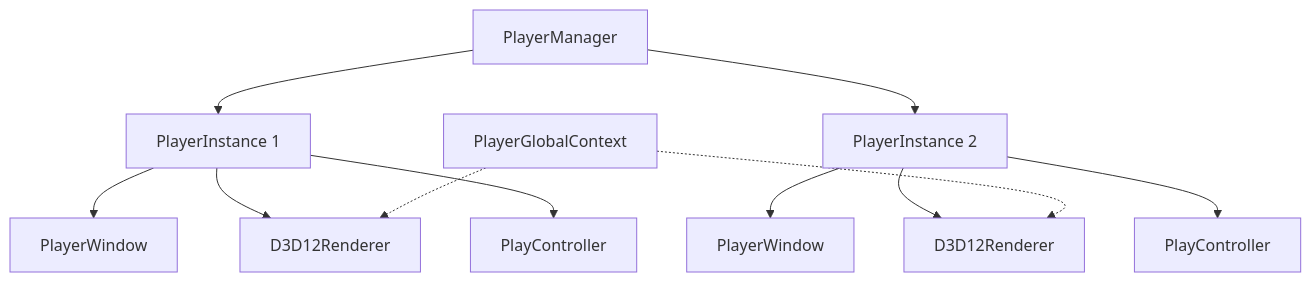
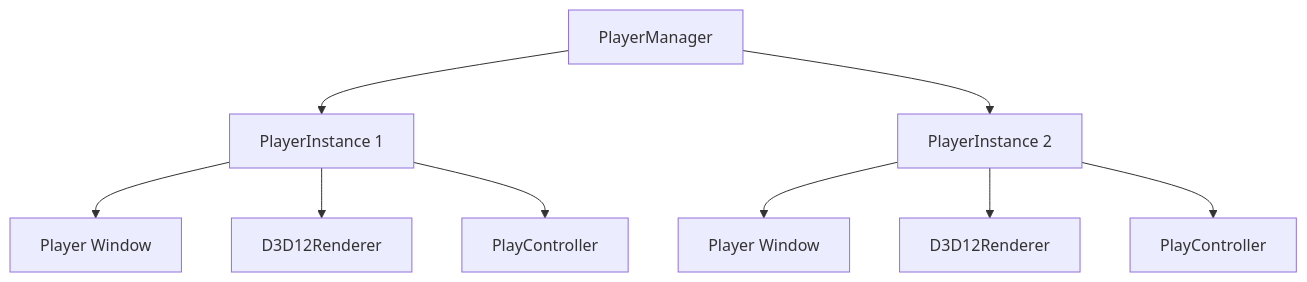
The second of 7 diagrams in README.md (devonchenc/VideoPlayer), drawn with Mermaid before and after one commit. The commit also changed other lines of this file and 17 other files, not shown here.

````diff
--- a/README.md
+++ b/README.md
@@ -403,19 +394,15 @@
 ```mermaid
 flowchart TB
     PM["PlayerManager"]
-    PGC["PlayerGlobalContext"]
 
     PM --> P1["PlayerInstance 1"]
     PM --> P2["PlayerInstance 2"]
 
-    P1 --> PW1["PlayerWindow"]
+    P1 --> PW1["Player Window"]
     P1 --> R1["D3D12Renderer"]
     P1 --> PC1["PlayController"]
 
-    P2 --> PW2["PlayerWindow"]
+    P2 --> PW2["Player Window"]
     P2 --> R2["D3D12Renderer"]
     P2 --> PC2["PlayController"]
-
-    PGC -.-> R1
-    PGC -.-> R2
 ```
````
